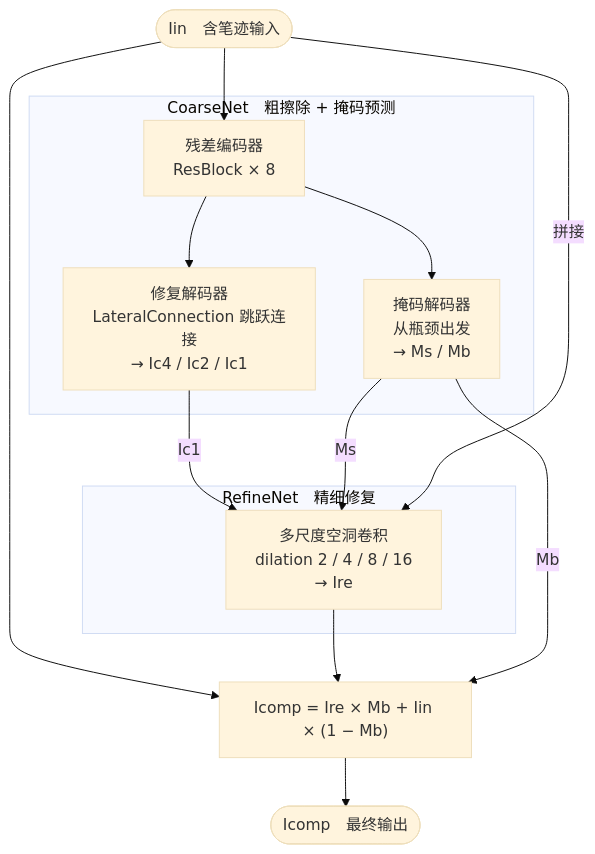
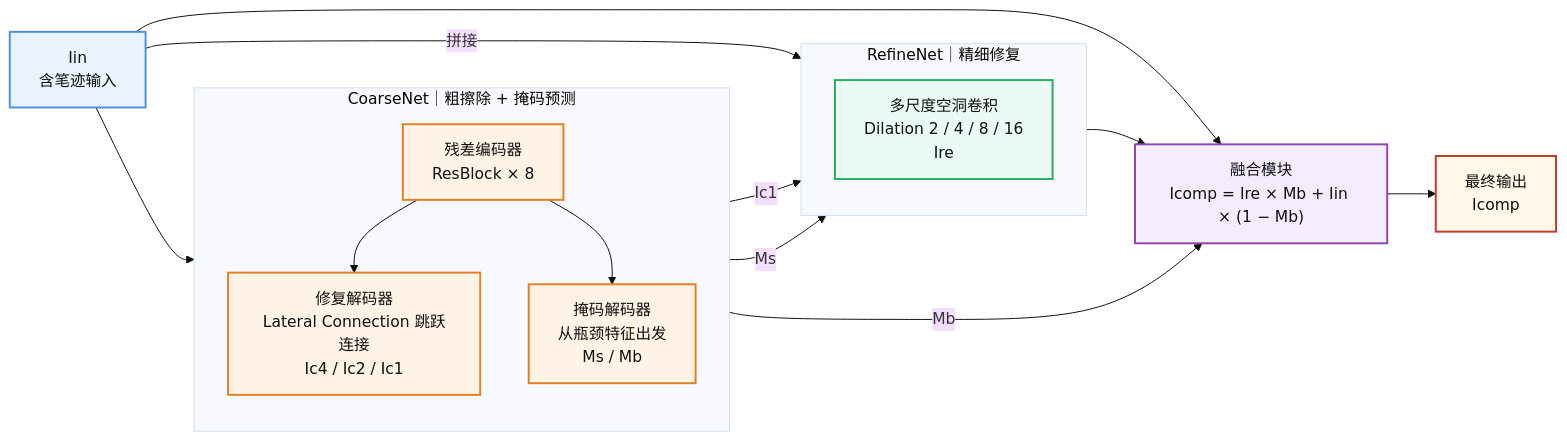
The diagram in README.md (xiaozhejiya/ensexam-gan), drawn with Mermaid (base theme) before and after one commit.

Commit message:
docs:美化mermaid图表

````diff
--- a/README.md
+++ b/README.md
@@ -9,28 +9,44 @@
 ```mermaid
-flowchart TD
-    Iin(["Iin　含笔迹输入"])
+flowchart LR
 
-    subgraph CoarseNet["CoarseNet　粗擦除 + 掩码预测"]
-        ENC["残差编码器\nResBlock × 8"]
-        RD["修复解码器\nLateralConnection 跳跃连接\n→ Ic4 / Ic2 / Ic1"]
-        MD["掩码解码器\n从瓶颈出发\n→ Ms / Mb"]
+    Iin["Iin<br/>含笔迹输入"]
+
+    subgraph CoarseNet["CoarseNet｜粗擦除 + 掩码预测"]
+        direction TB
+        ENC["残差编码器<br/>ResBlock × 8"]
+        RD["修复解码器<br/>Lateral Connection 跳跃连接<br/>Ic4 / Ic2 / Ic1"]
+        MD["掩码解码器<br/>从瓶颈特征出发<br/>Ms / Mb"]
+
         ENC --> RD
         ENC --> MD
     end
 
-    subgraph RefineNet["RefineNet　精细修复"]
-        RF["多尺度空洞卷积\ndilation 2 / 4 / 8 / 16\n→ Ire"]
+    subgraph RefineNet["RefineNet｜精细修复"]
+        direction TB
+        RF["多尺度空洞卷积<br/>Dilation 2 / 4 / 8 / 16<br/>Ire"]
     end
 
-    FUSE["Icomp = Ire × Mb + Iin × (1 − Mb)"]
-    Out(["Icomp　最终输出"])
+    FUSE["融合模块<br/>Icomp = Ire × Mb + Iin × (1 − Mb)"]
+    Out["最终输出<br/>Icomp"]
 
-    Iin --> ENC
+    Iin --> CoarseNet
+    RD -- Ic1 --> RF
+    MD -- Ms --> RF
+    Iin -- 拼接 --> RF
+    RF --> FUSE
+    MD -- Mb --> FUSE
     Iin --> FUSE
-    RD -- "Ic1" --> RF
-    MD -- "Ms" --> RF
-    Iin -- "拼接" --> RF
-    RF --> FUSE
-    MD -- "Mb" --> FUSE
     FUSE --> Out
+
+    classDef input fill:#EAF4FF,stroke:#4A90E2,stroke-width:2px,color:#111;
+    classDef coarse fill:#FFF3E6,stroke:#E67E22,stroke-width:2px,color:#111;
+    classDef refine fill:#EAFBF3,stroke:#27AE60,stroke-width:2px,color:#111;
+    classDef fusion fill:#F4ECFF,stroke:#8E44AD,stroke-width:2px,color:#111;
+    classDef output fill:#FFF8E8,stroke:#C0392B,stroke-width:2px,color:#111;
+
+    class Iin input
+    class ENC,RD,MD coarse
+    class RF refine
+    class FUSE fusion
+    class Out output
 ```
````
